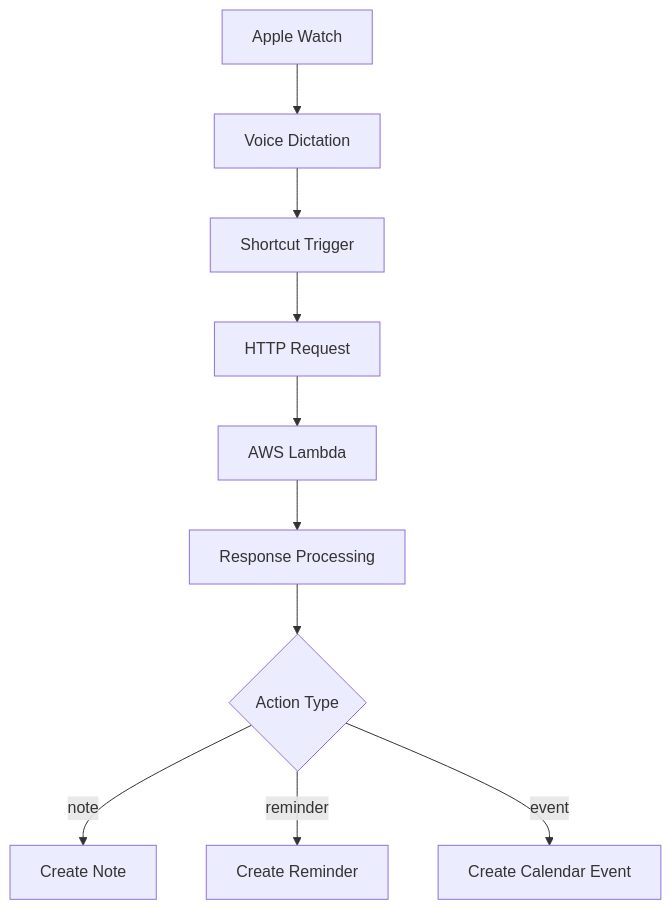
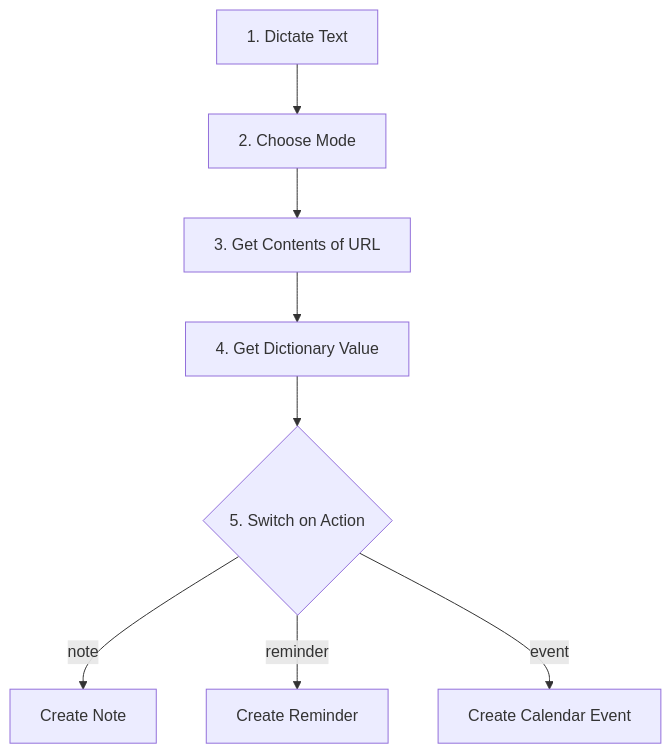
One commit to Stealinglight/wrist-agent changed the second of 5 diagrams in docs/docs/apple-shortcut.md. Above: the diagram before and after it, drawn with Mermaid. The commit also changed other lines of this file and 11 other files, not shown here.

First line of the commit message:
feat: replace Lambda Function URL with API Gateway + Lambda Authorizer

````diff
--- a/docs/docs/apple-shortcut.md
+++ b/docs/docs/apple-shortcut.md
@@ -13,12 +72,10 @@
 ```mermaid
-graph TD
-    A[Apple Watch] --> B[Voice Dictation]
-    B --> C[Shortcut Trigger]
-    C --> D[HTTP Request]
-    D --> E[AWS Lambda]
-    E --> F[Response Processing]
-    F --> G{Action Type}
-    G -->|note| H[Create Note]
-    G -->|reminder| I[Create Reminder]
-    G -->|event| J[Create Calendar Event]
+flowchart TD
+    A[1. Dictate Text] --> B[2. Choose Mode]
+    B --> C[3. Get Contents of URL]
+    C --> D[4. Get Dictionary Value]
+    D --> E{5. Switch on Action}
+    E -->|note| F[Create Note]
+    E -->|reminder| G[Create Reminder]
+    E -->|event| H[Create Calendar Event]
 ```
````
